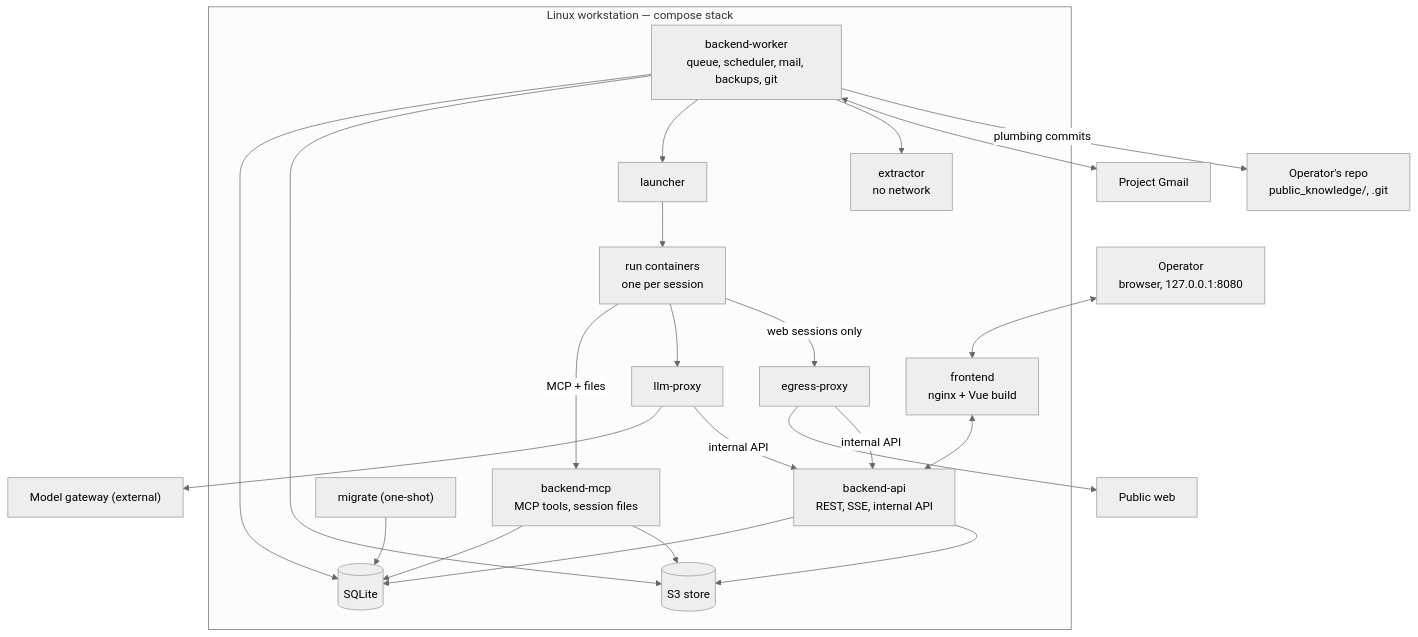
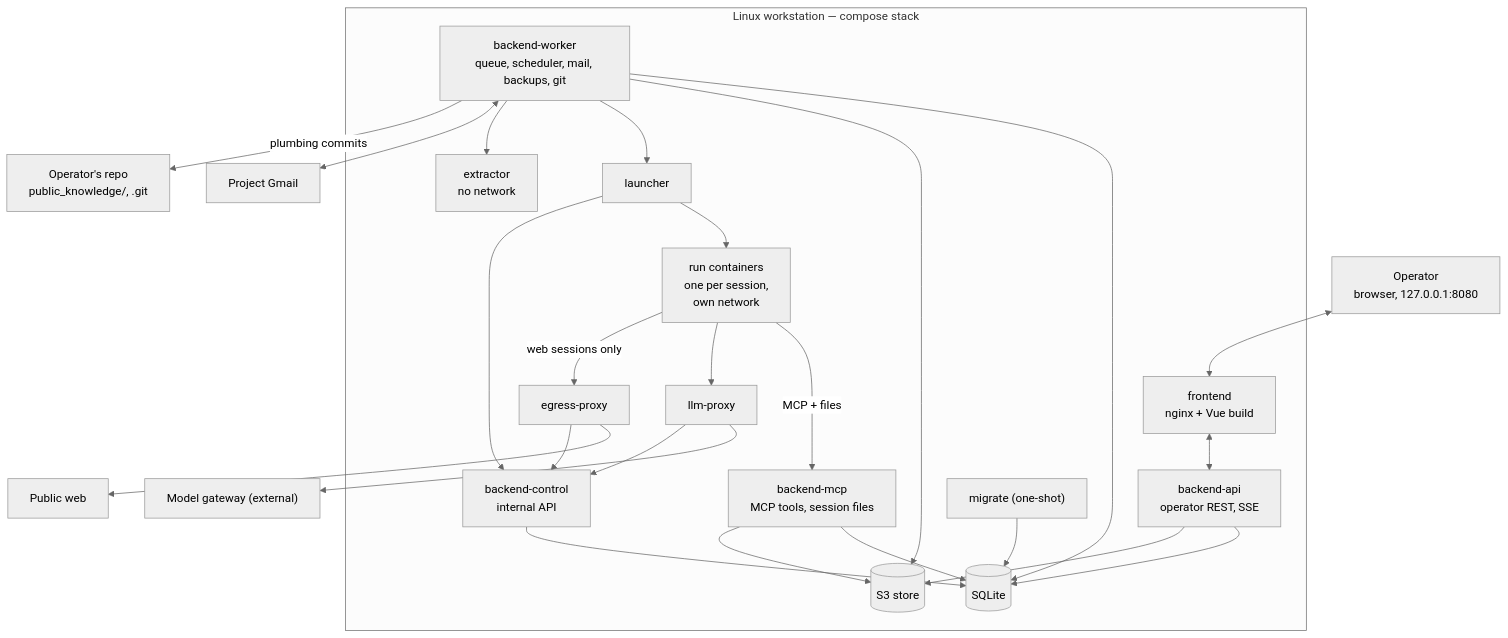
The diagram in docs/technical-spec.md (forgeit-co/tekton), drawn with Mermaid (neutral theme) before and after one commit. The commit also changed other lines of this file and 2 other files, not shown here.

````diff
--- a/docs/technical-spec.md
+++ b/docs/technical-spec.md
@@ -32,42 +32,45 @@
 ```mermaid
 flowchart TB
     OP["Operator<br/>browser, 127.0.0.1:8080"]
 
     subgraph WS["Linux workstation — compose stack"]
         FE["frontend<br/>nginx + Vue build"]
-        API["backend-api<br/>REST, SSE, internal API"]
+        API["backend-api<br/>operator REST, SSE"]
+        CTL["backend-control<br/>internal API"]
         MCP["backend-mcp<br/>MCP tools, session files"]
         WK["backend-worker<br/>queue, scheduler, mail, backups, git"]
         MIG["migrate (one-shot)"]
         DB[("SQLite")]
         S3[("S3 store")]
         LNC["launcher"]
         EXT["extractor<br/>no network"]
         LLM["llm-proxy"]
         EGR["egress-proxy"]
-        RUN["run containers<br/>one per session"]
+        RUN["run containers<br/>one per session,<br/>own network"]
     end
 
     GW["Model gateway (external)"]
     WEB["Public web"]
     GMAIL["Project Gmail"]
     REPO["Operator's repo<br/>public_knowledge/, .git"]
 
     OP <--> FE <--> API
     MIG --> DB
     API --> DB
+    CTL --> DB
     MCP --> DB
     WK --> DB
     API --> S3
     MCP --> S3
     WK --> S3
     WK --> LNC --> RUN
     WK --> EXT
     RUN -->|MCP + files| MCP
     RUN --> LLM --> GW
     RUN -->|web sessions only| EGR --> WEB
-    LLM -->|internal API| API
-    EGR -->|internal API| API
+    LLM --> CTL
+    EGR --> CTL
+    LNC --> CTL
     WK <--> GMAIL
     WK -->|plumbing commits| REPO
 ```
````
